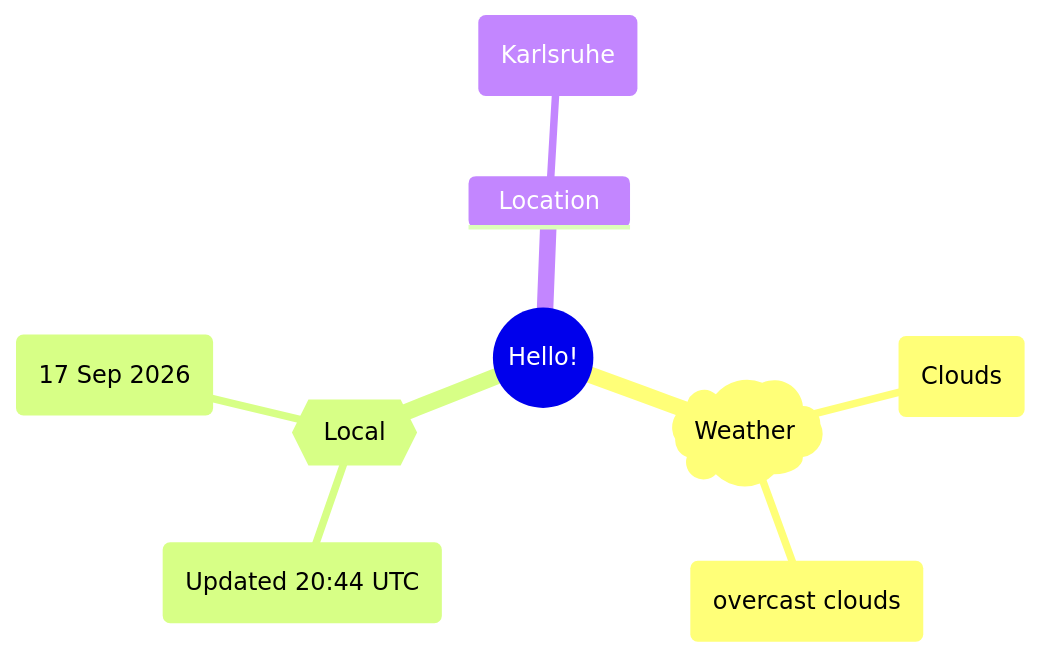
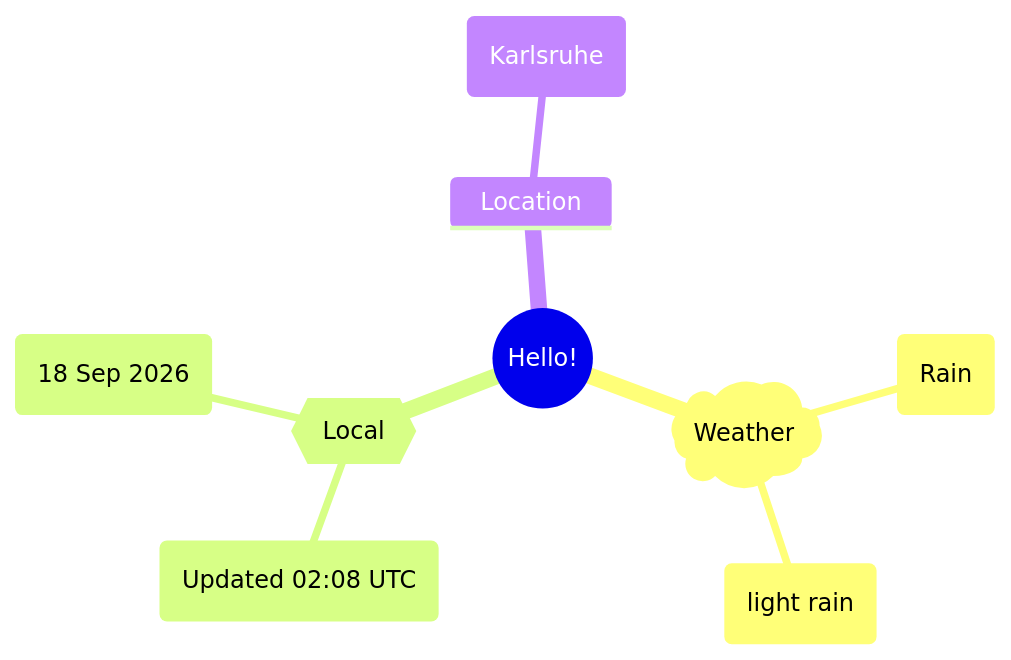
Before and after one commit to Xosrov/Xosrov: the first of 2 diagrams in README.md, drawn with Mermaid.

Commit message:
[bot] updated images

````diff
--- a/README.md
+++ b/README.md
@@ -3,12 +3,12 @@
 ```mermaid
 mindmap
   root((Hello!))
     )Weather(
-        (Clouds)
-        (overcast clouds)
+        (Rain)
+        (light rain)
     {{Local}}
-        (Updated 20:44 UTC)
-        (17 Sep 2026)
+        (Updated 02:08 UTC)
+        (18 Sep 2026)
     Location
         (Karlsruhe)
 ```
````
